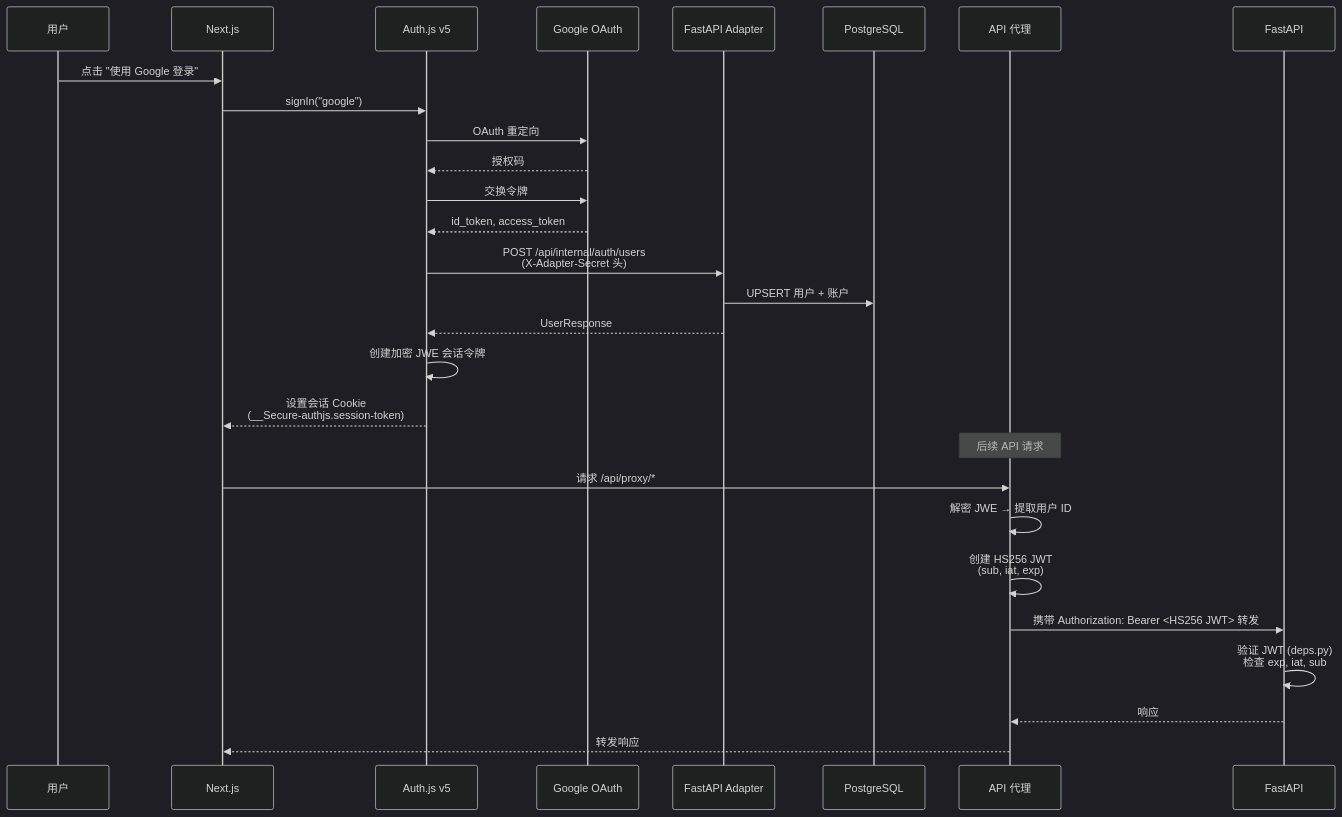
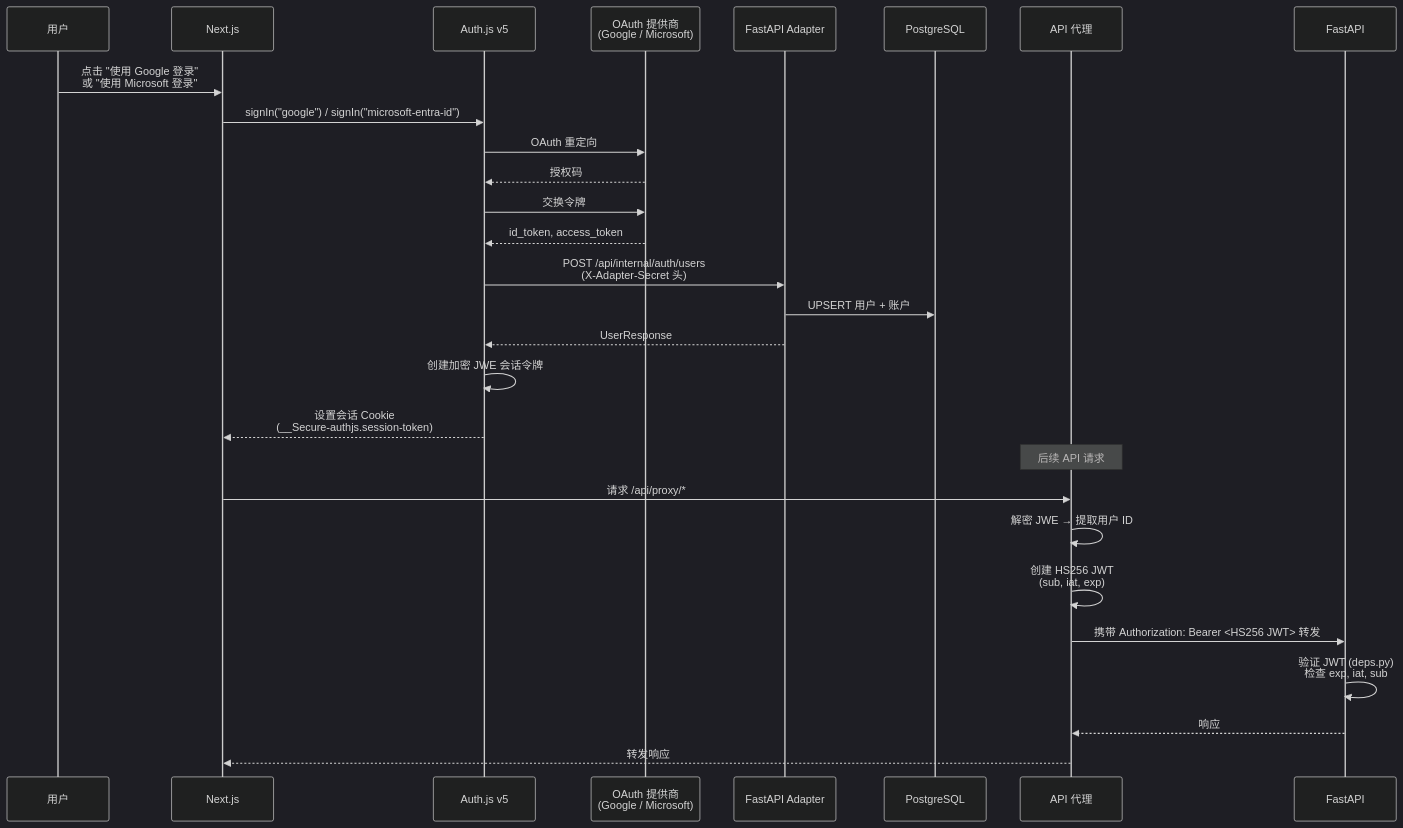
Before and after one commit to Rswcf/DocTalk: the fourth of 9 diagrams in docs/ARCHITECTURE.zh.md, drawn with Mermaid (dark theme). The commit also changed other lines of this file and 6 other files, not shown here.

First line of the commit message:
docs: update all docs for Microsoft OAuth + Email Magic Link

````diff
--- a/docs/ARCHITECTURE.zh.md
+++ b/docs/ARCHITECTURE.zh.md
@@ -206,34 +214,34 @@
 ```mermaid
 sequenceDiagram
     participant U as 用户
     participant NJ as Next.js
     participant AJ as Auth.js v5
-    participant G as Google OAuth
+    participant OP as OAuth 提供商<br/>(Google / Microsoft)
     participant AD as FastAPI Adapter
     participant DB as PostgreSQL
     participant PX as API 代理
     participant API as FastAPI
 
-    U->>NJ: 点击 "使用 Google 登录"
-    NJ->>AJ: signIn("google")
-    AJ->>G: OAuth 重定向
-    G-->>AJ: 授权码
-    AJ->>G: 交换令牌
-    G-->>AJ: id_token, access_token
+    U->>NJ: 点击 "使用 Google 登录"<br/>或 "使用 Microsoft 登录"
+    NJ->>AJ: signIn("google") / signIn("microsoft-entra-id")
+    AJ->>OP: OAuth 重定向
+    OP-->>AJ: 授权码
+    AJ->>OP: 交换令牌
+    OP-->>AJ: id_token, access_token
 
     AJ->>AD: POST /api/internal/auth/users<br/>(X-Adapter-Secret 头)
     AD->>DB: UPSERT 用户 + 账户
     AD-->>AJ: UserResponse
 
     AJ->>AJ: 创建加密 JWE 会话令牌
     AJ-->>NJ: 设置会话 Cookie<br/>(__Secure-authjs.session-token)
 
     Note over PX: 后续 API 请求
     NJ->>PX: 请求 /api/proxy/*
     PX->>PX: 解密 JWE → 提取用户 ID
     PX->>PX: 创建 HS256 JWT<br/>(sub, iat, exp)
     PX->>API: 携带 Authorization: Bearer <HS256 JWT> 转发
     API->>API: 验证 JWT (deps.py)<br/>检查 exp, iat, sub
     API-->>PX: 响应
     PX-->>NJ: 转发响应
 ```
````
